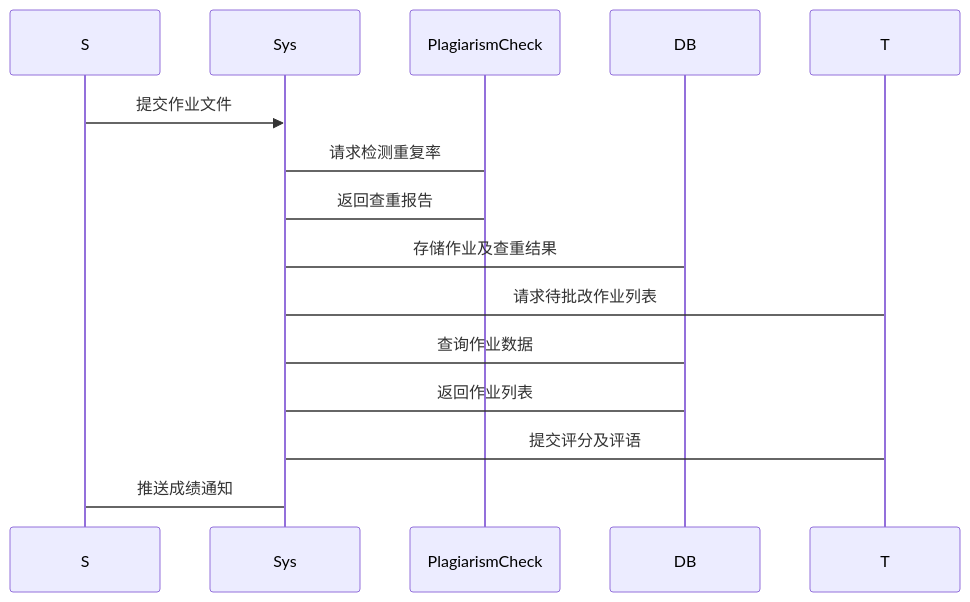
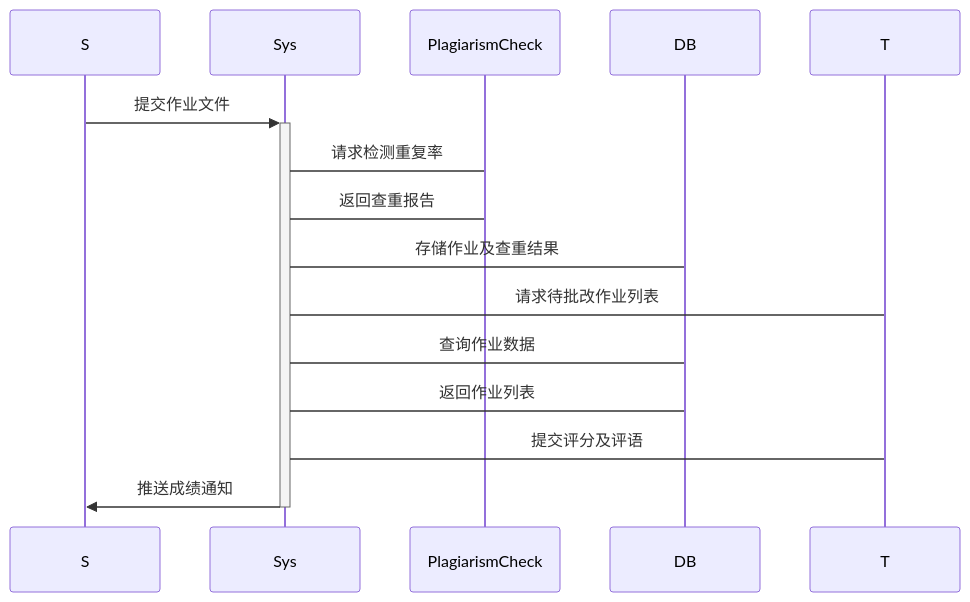
The diagram in all/未命名-1.md (YOAyes/iodraw-files), drawn with Mermaid before and after one commit.

Commit message:
2025-05-08 20:00:48 update

````diff
--- a/all/未命名-1.md
+++ b/all/未命名-1.md
@@ -1,13 +1,13 @@
 ```mermaid
 sequenceDiagram
-S ->> Sys: 提交作业文件
+S ->>+ Sys: 提交作业文件
 Sys -> PlagiarismCheck: 请求检测重复率
 PlagiarismCheck -> Sys: 返回查重报告
 Sys -> DB: 存储作业及查重结果
 T -> Sys: 请求待批改作业列表
 Sys -> DB: 查询作业数据
 DB -> Sys: 返回作业列表
 T -> Sys: 提交评分及评语
-Sys -> S: 推送成绩通知
+Sys ->>- S: 推送成绩通知
 
 ```
````
